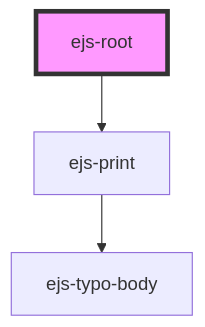
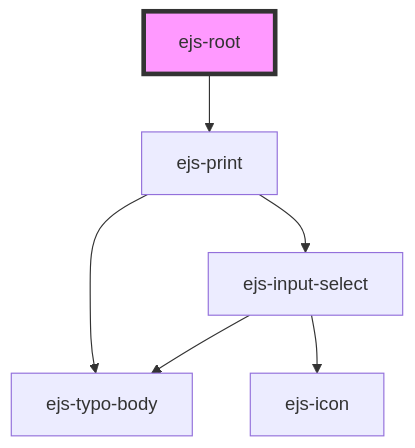
One commit to ezeep/ezeep-js changed the diagram in src/components/ejs-root/readme.md. Above: the diagram before and after it, drawn with Mermaid. The commit also changed 17 other files, not shown here.

Commit message:
Introduce input select component

````diff
--- a/src/components/ejs-root/readme.md
+++ b/src/components/ejs-root/readme.md
@@ -31,6 +31,9 @@
 ```mermaid
 graph TD;
   ejs-root --> ejs-print
   ejs-print --> ejs-typo-body
+  ejs-print --> ejs-input-select
+  ejs-input-select --> ejs-typo-body
+  ejs-input-select --> ejs-icon
   style ejs-root fill:#f9f,stroke:#333,stroke-width:4px
 ```
````
